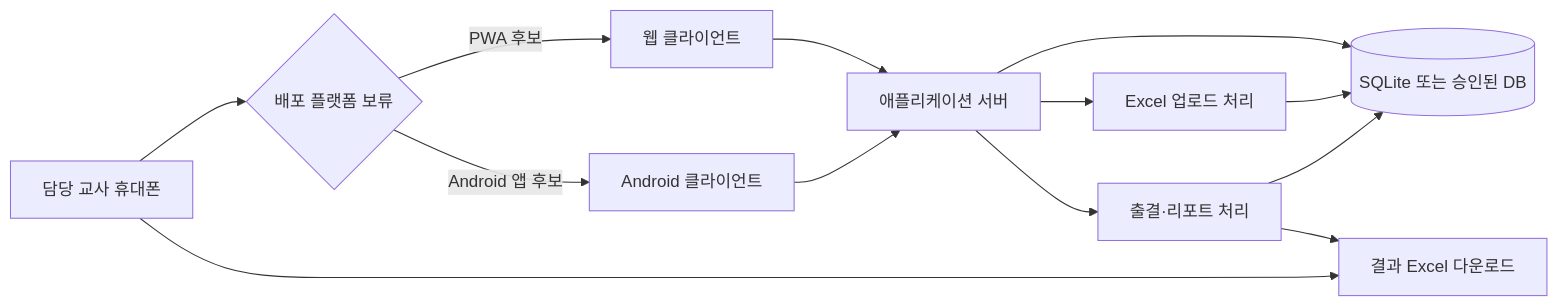
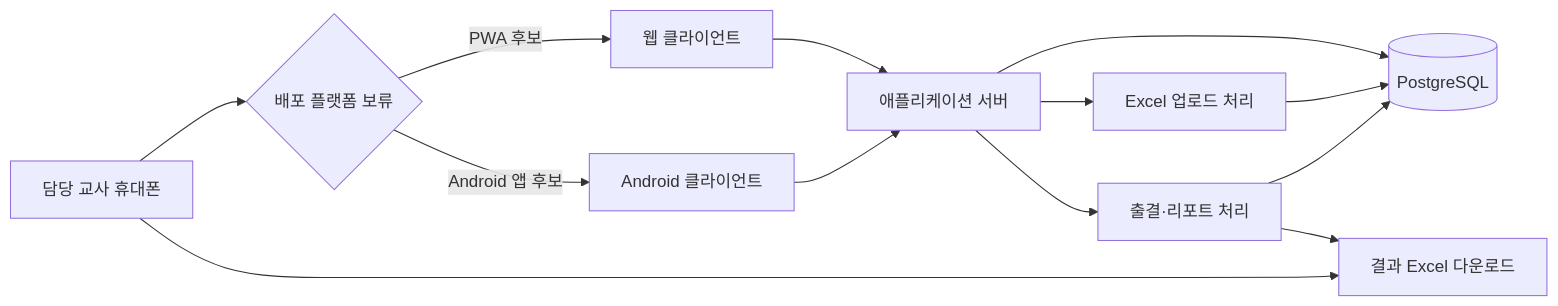
One commit to danker1104/--- changed the diagram in README.md. Above: the diagram before and after it, drawn with Mermaid. The commit also changed other lines of this file and 29 other files, not shown here.

Commit message:
feat: improve attendance UX and add persistent PostgreSQL

````diff
--- a/README.md
+++ b/README.md
@@ -22,15 +22,15 @@
 ```mermaid
 flowchart LR
 	T[담당 교사 휴대폰] --> P{배포 플랫폼 보류}
 	P -->|PWA 후보| W[웹 클라이언트]
 	P -->|Android 앱 후보| A[Android 클라이언트]
 	W --> S[애플리케이션 서버]
 	A --> S
 	S --> X1[Excel 업로드 처리]
-	S --> D[(SQLite 또는 승인된 DB)]
+	S --> D[(PostgreSQL)]
 	S --> R[출결·리포트 처리]
 	X1 --> D
 	R --> D
 	R --> X2[결과 Excel 다운로드]
 	T --> X2
 ```
````
